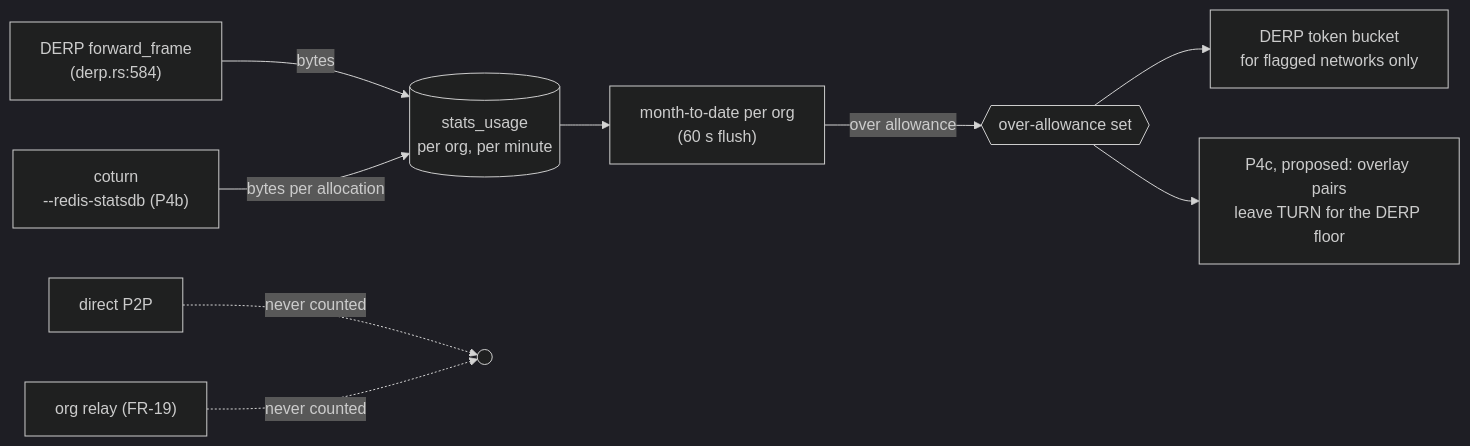
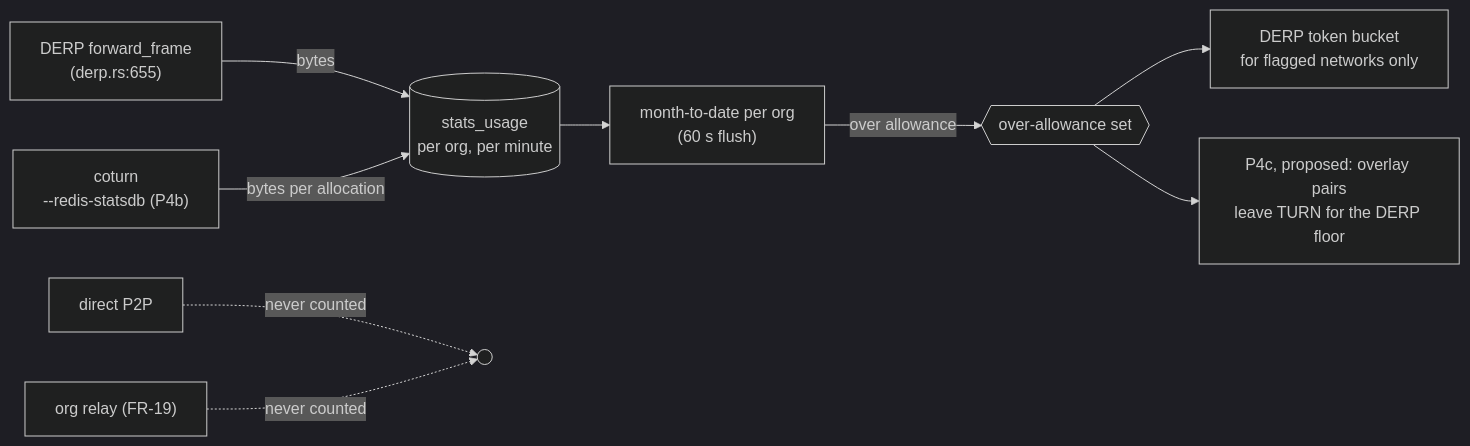
One commit to gjovanov/roomler-ai changed the third of 6 diagrams in docs/fr/FR-115-pricing-reshape.md. Above: the diagram before and after it, drawn with Mermaid (dark theme). The commit also changed other lines of this file and 30 other files, not shown here.

````diff
--- a/docs/fr/FR-115-pricing-reshape.md
+++ b/docs/fr/FR-115-pricing-reshape.md
@@ -314,11 +314,11 @@
 ```mermaid
 flowchart LR
-    D["DERP forward_frame<br/>(derp.rs:584)"] -->|bytes| L[("stats_usage<br/>per org, per minute")]
+    D["DERP forward_frame<br/>(derp.rs:655)"] -->|bytes| L[("stats_usage<br/>per org, per minute")]
     T["coturn<br/>--redis-statsdb (P4b)"] -->|bytes per allocation| L
     L --> MTD["month-to-date per org<br/>(60 s flush)"]
     MTD -->|over allowance| F{{"over-allowance set"}}
     F --> TB["DERP token bucket<br/>for flagged networks only"]
     F --> TC["P4c, proposed: overlay pairs<br/>leave TURN for the DERP floor"]
     DIR["direct P2P"] -. never counted .-> X(( ))
     OR["org relay (FR-19)"] -. never counted .-> X
 ```
````
